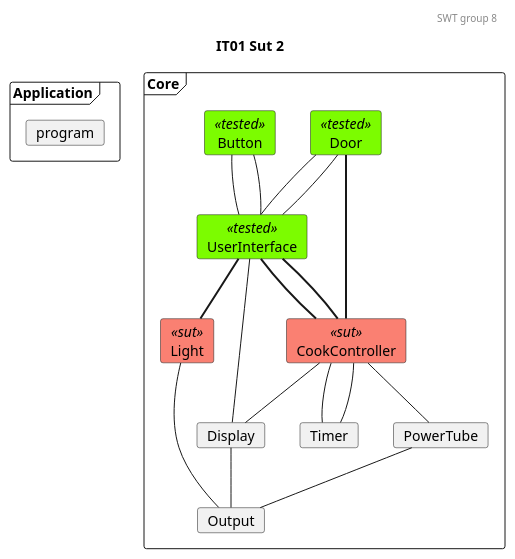
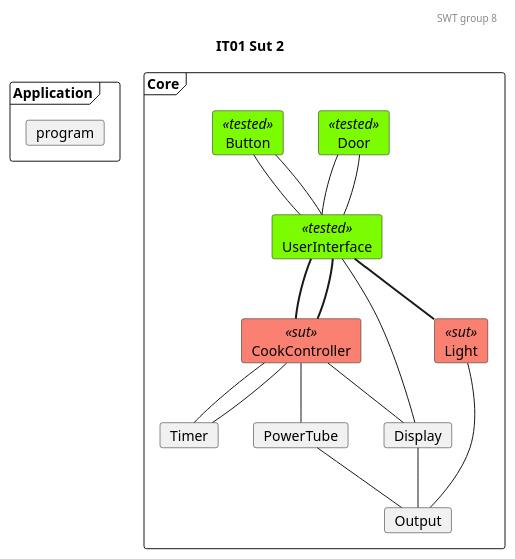
One commit to mikkel-ol/I4SWT-MicrowaveOven changed the diagram in docs/SysTestTree2.plantuml. Above: the diagram before and after it, drawn with PlantUML. The commit also changed 3 other files, not shown here.

Commit message:
Door does not depend on CooksController

```diff
--- a/docs/SysTestTree2.plantuml
+++ b/docs/SysTestTree2.plantuml
@@ -1,74 +1,74 @@
 @startuml IT02-Sut
 
 'Testing colors:
 skinparam card {
     backgroundColor<<tested>> lawngreen
     backgroundColor<<sut>> salmon
     backgroundColor<<test>> salmon
     backgroundColor<<fake>> gold
 }
 
 header SWT group 8
 title IT01 Sut 2
 
 frame Application {
     card program
 }
 
 frame Core {
 '0.
     card Door<<tested>>
     card Button<<tested>>
 
 '1.
     card UserInterface<<tested>>
 
 '2.
     card CookController<<sut>>
     card Light<<sut>>
 
 '3.
     card Timer
     card PowerTube
     card Display
 
 '4 
     card Output
 
 'Relations projects
 ' 0. to 1.
 Door -- UserInterface
 Door -- UserInterface
 
 Button -- UserInterface
 Button -- UserInterface
 
 
 'Relations CookController:
 '1.
 UserInterface -[thickness=2]- CookController
 UserInterface -[thickness=2]- CookController
 
 '1. to 3.
-Door -[thickness=2]- CookController
+'Door -[thickness=2]- CookController
 
 
 CookController -- PowerTube
 
 '1. to 2.
 UserInterface -- Display
 UserInterface -[thickness=2]- Light
 CookController -- Display
 
 CookController -- Timer
 CookController -- Timer 
 
 
 ' Relations 2. to 3.
 Light -- Output
 Display -- Output
 PowerTube -- Output
 
 
 
 @enduml
```
